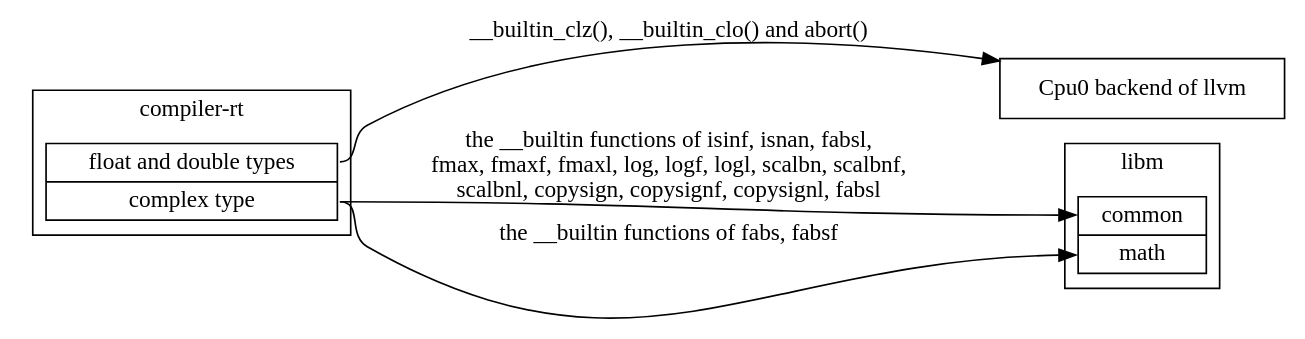
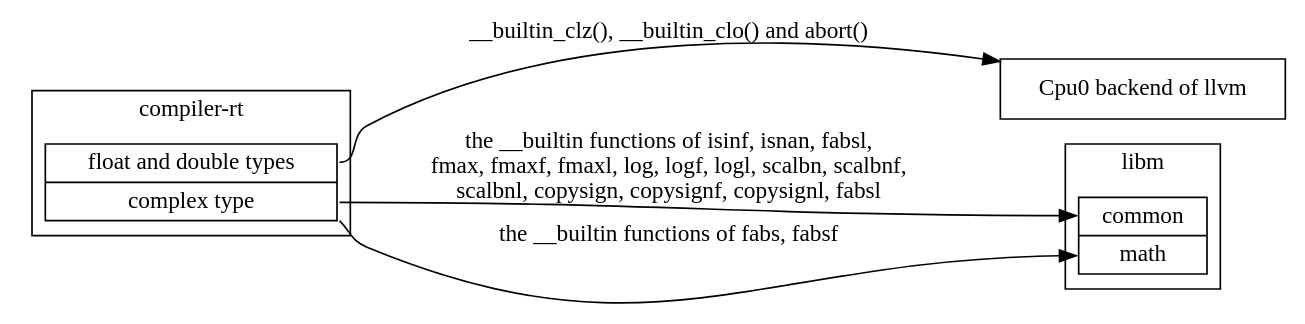
Before and after one commit to Jonathan2251/lbt: the diagram in Fig/lib/compiler-rt-dep.gv, drawn with Graphviz. The commit also changed 1 other file, not shown here.

Commit message:
lib.rst: compiler-rt-dep-short.gv

```diff
--- a/Fig/lib/compiler-rt-dep.gv
+++ b/Fig/lib/compiler-rt-dep.gv
@@ -1,23 +1,23 @@
 // dot -Tpng compiler-rt-dep.gv -o compiler-rt-dep.png
 digraph G {
   rankdir=LR;
 
   compound=true;
   node [shape=record];
 
   subgraph cluster_compiler_rt {
     label = "compiler-rt";
     compiler_rt [label="<fdt> float and double types | <ct> complex type"];
   }
 
   node [label = "Cpu0 backend of llvm"]; cpu0;
 
   subgraph cluster_libm {
     label = "libm";
     libm [label="<c> common | <ma> math"];
   }
 
   compiler_rt:ct -> libm:c [label = "the __builtin functions of isinf, isnan, fabsl, \n fmax, fmaxf, fmaxl, log, logf, logl, scalbn, scalbnf, \n scalbnl, copysign, copysignf, copysignl, fabsl" ];
-  compiler_rt:ct -> libm:ma [label = "the __builtin functions of fabs, fabsf" ];
+  compiler_rt:ct:se -> libm:ma [label = "the __builtin functions of fabs, fabsf" ];
   compiler_rt:fdt -> cpu0 [label = "__builtin_clz(), __builtin_clo() and abort()" ];
 }
```
